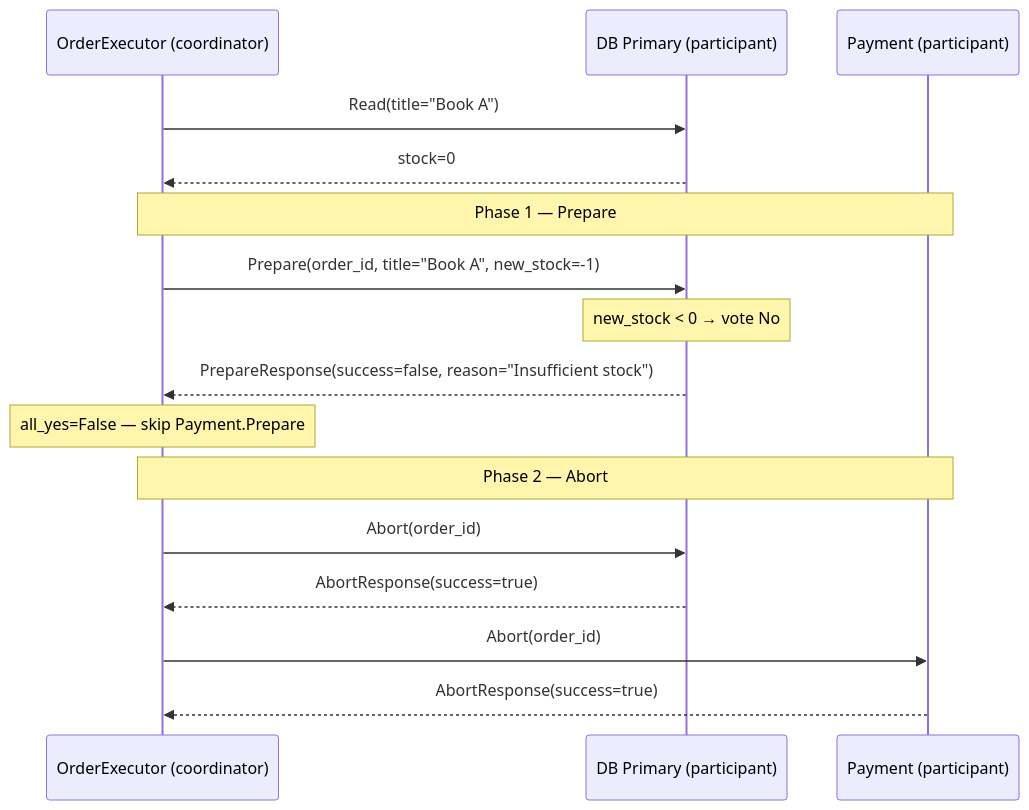
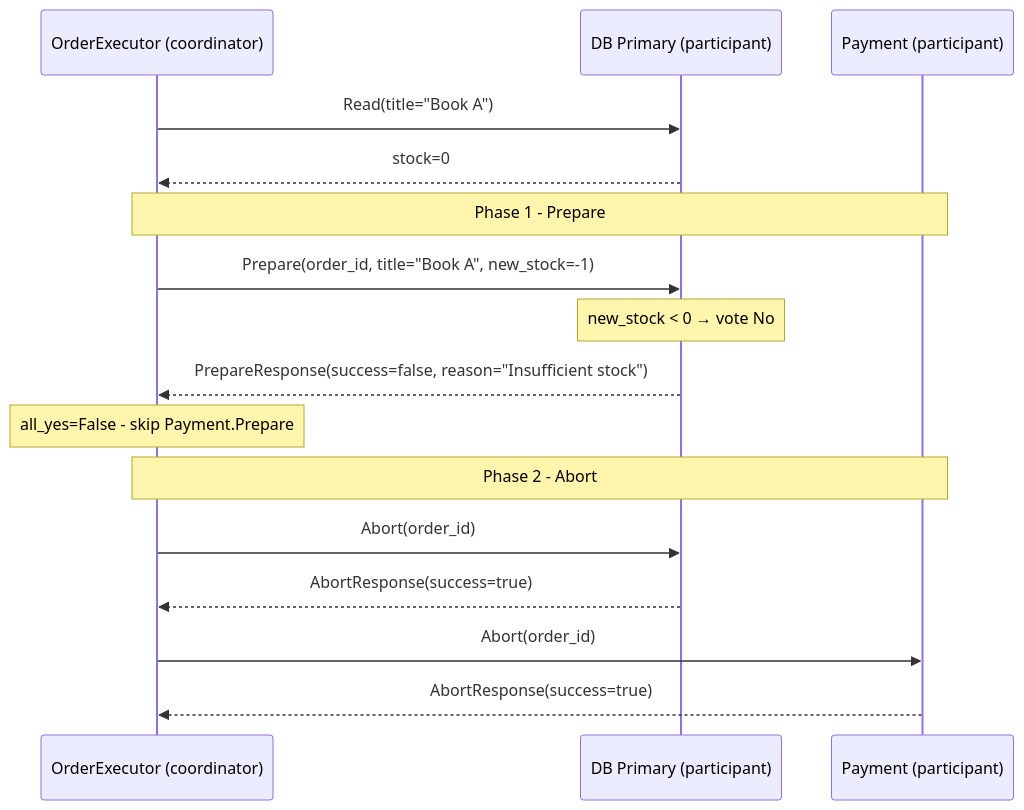
The third of 3 diagrams in docs/CHECKPOINT_3.md (M1ngiii/ds-practice-2025), drawn with Mermaid before and after one commit. The commit also changed other lines of this file, not shown here.

````diff
--- a/docs/CHECKPOINT_3.md
+++ b/docs/CHECKPOINT_3.md
@@ -110,21 +110,21 @@
 ```mermaid
 sequenceDiagram
     participant Exec as OrderExecutor (coordinator)
     participant DB as DB Primary (participant)
     participant Pay as Payment (participant)
 
     Exec->>DB: Read(title="Book A")
     DB-->>Exec: stock=0
 
-    Note over Exec,Pay: Phase 1 — Prepare
+    Note over Exec,Pay: Phase 1 - Prepare
     Exec->>DB: Prepare(order_id, title="Book A", new_stock=-1)
     Note over DB: new_stock < 0 → vote No
     DB-->>Exec: PrepareResponse(success=false, reason="Insufficient stock")
-    Note over Exec: all_yes=False — skip Payment.Prepare
+    Note over Exec: all_yes=False - skip Payment.Prepare
 
-    Note over Exec,Pay: Phase 2 — Abort
+    Note over Exec,Pay: Phase 2 - Abort
     Exec->>DB: Abort(order_id)
     DB-->>Exec: AbortResponse(success=true)
     Exec->>Pay: Abort(order_id)
     Pay-->>Exec: AbortResponse(success=true)
 ```
````
